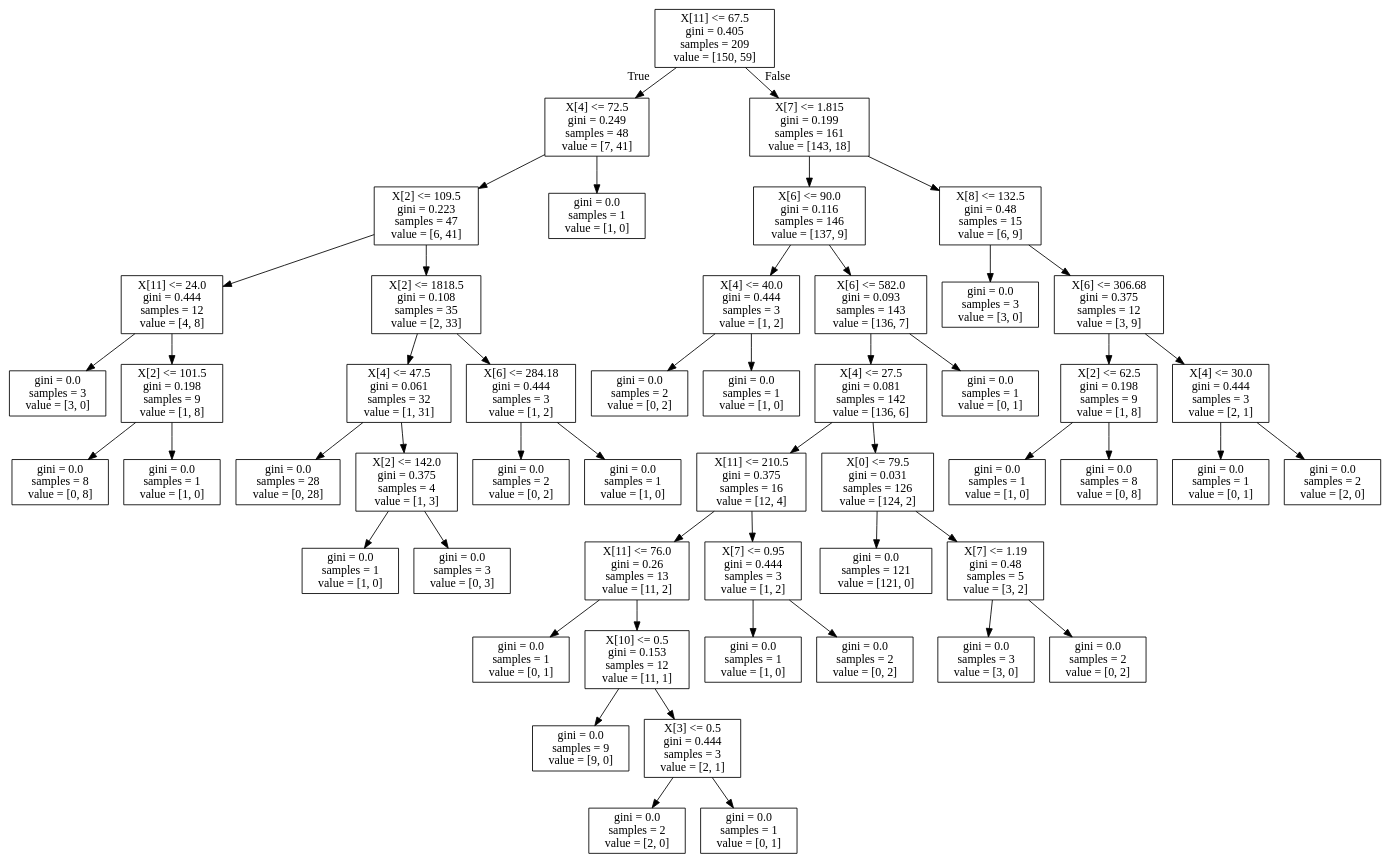
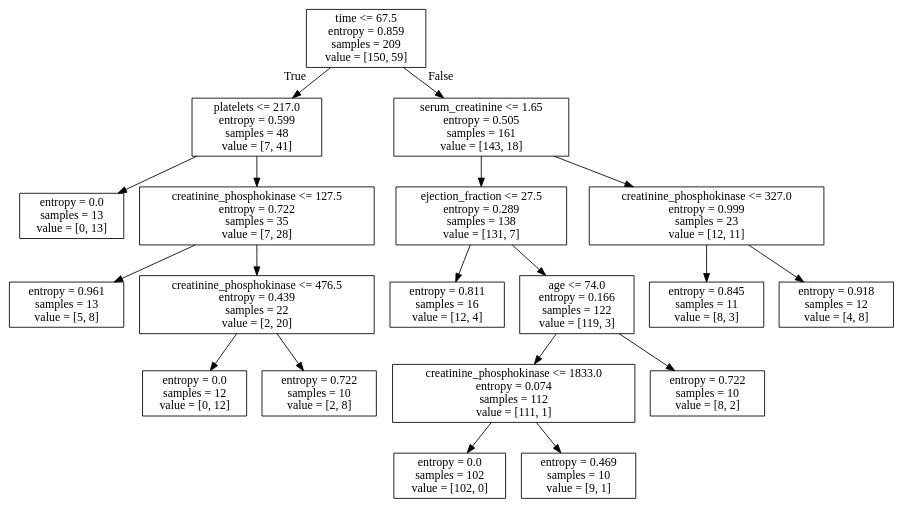
The diagram in mytree.dot (shantanu779/data_science), drawn with Graphviz before and after one commit. The commit also changed 1 other file, not shown here.

```diff
--- a/mytree.dot
+++ b/mytree.dot
@@ -1,104 +1,40 @@
 digraph Tree {
 node [shape=box] ;
-0 [label="X[11] <= 67.5\ngini = 0.405\nsamples = 209\nvalue = [150, 59]"] ;
-1 [label="X[4] <= 72.5\ngini = 0.249\nsamples = 48\nvalue = [7, 41]"] ;
+0 [label="time <= 67.5\nentropy = 0.859\nsamples = 209\nvalue = [150, 59]"] ;
+1 [label="platelets <= 217.0\nentropy = 0.599\nsamples = 48\nvalue = [7, 41]"] ;
 0 -> 1 [labeldistance=2.5, labelangle=45, headlabel="True"] ;
-2 [label="X[2] <= 109.5\ngini = 0.223\nsamples = 47\nvalue = [6, 41]"] ;
+2 [label="entropy = 0.0\nsamples = 13\nvalue = [0, 13]"] ;
 1 -> 2 ;
-3 [label="X[11] <= 24.0\ngini = 0.444\nsamples = 12\nvalue = [4, 8]"] ;
-2 -> 3 ;
-4 [label="gini = 0.0\nsamples = 3\nvalue = [3, 0]"] ;
+3 [label="creatinine_phosphokinase <= 127.5\nentropy = 0.722\nsamples = 35\nvalue = [7, 28]"] ;
+1 -> 3 ;
+4 [label="entropy = 0.961\nsamples = 13\nvalue = [5, 8]"] ;
 3 -> 4 ;
-5 [label="X[2] <= 101.5\ngini = 0.198\nsamples = 9\nvalue = [1, 8]"] ;
+5 [label="creatinine_phosphokinase <= 476.5\nentropy = 0.439\nsamples = 22\nvalue = [2, 20]"] ;
 3 -> 5 ;
-6 [label="gini = 0.0\nsamples = 8\nvalue = [0, 8]"] ;
+6 [label="entropy = 0.0\nsamples = 12\nvalue = [0, 12]"] ;
 5 -> 6 ;
-7 [label="gini = 0.0\nsamples = 1\nvalue = [1, 0]"] ;
+7 [label="entropy = 0.722\nsamples = 10\nvalue = [2, 8]"] ;
 5 -> 7 ;
-8 [label="X[2] <= 1818.5\ngini = 0.108\nsamples = 35\nvalue = [2, 33]"] ;
-2 -> 8 ;
-9 [label="X[4] <= 47.5\ngini = 0.061\nsamples = 32\nvalue = [1, 31]"] ;
+8 [label="serum_creatinine <= 1.65\nentropy = 0.505\nsamples = 161\nvalue = [143, 18]"] ;
+0 -> 8 [labeldistance=2.5, labelangle=-45, headlabel="False"] ;
+9 [label="ejection_fraction <= 27.5\nentropy = 0.289\nsamples = 138\nvalue = [131, 7]"] ;
 8 -> 9 ;
-10 [label="gini = 0.0\nsamples = 28\nvalue = [0, 28]"] ;
+10 [label="entropy = 0.811\nsamples = 16\nvalue = [12, 4]"] ;
 9 -> 10 ;
-11 [label="X[2] <= 142.0\ngini = 0.375\nsamples = 4\nvalue = [1, 3]"] ;
+11 [label="age <= 74.0\nentropy = 0.166\nsamples = 122\nvalue = [119, 3]"] ;
 9 -> 11 ;
-12 [label="gini = 0.0\nsamples = 1\nvalue = [1, 0]"] ;
+12 [label="creatinine_phosphokinase <= 1833.0\nentropy = 0.074\nsamples = 112\nvalue = [111, 1]"] ;
 11 -> 12 ;
-13 [label="gini = 0.0\nsamples = 3\nvalue = [0, 3]"] ;
-11 -> 13 ;
-14 [label="X[6] <= 284.18\ngini = 0.444\nsamples = 3\nvalue = [1, 2]"] ;
-8 -> 14 ;
-15 [label="gini = 0.0\nsamples = 2\nvalue = [0, 2]"] ;
-14 -> 15 ;
-16 [label="gini = 0.0\nsamples = 1\nvalue = [1, 0]"] ;
-14 -> 16 ;
-17 [label="gini = 0.0\nsamples = 1\nvalue = [1, 0]"] ;
-1 -> 17 ;
-18 [label="X[7] <= 1.815\ngini = 0.199\nsamples = 161\nvalue = [143, 18]"] ;
-0 -> 18 [labeldistance=2.5, labelangle=-45, headlabel="False"] ;
-19 [label="X[6] <= 90.0\ngini = 0.116\nsamples = 146\nvalue = [137, 9]"] ;
-18 -> 19 ;
-20 [label="X[4] <= 40.0\ngini = 0.444\nsamples = 3\nvalue = [1, 2]"] ;
-19 -> 20 ;
-21 [label="gini = 0.0\nsamples = 2\nvalue = [0, 2]"] ;
-20 -> 21 ;
-22 [label="gini = 0.0\nsamples = 1\nvalue = [1, 0]"] ;
-20 -> 22 ;
-23 [label="X[6] <= 582.0\ngini = 0.093\nsamples = 143\nvalue = [136, 7]"] ;
-19 -> 23 ;
-24 [label="X[4] <= 27.5\ngini = 0.081\nsamples = 142\nvalue = [136, 6]"] ;
-23 -> 24 ;
-25 [label="X[11] <= 210.5\ngini = 0.375\nsamples = 16\nvalue = [12, 4]"] ;
-24 -> 25 ;
-26 [label="X[11] <= 76.0\ngini = 0.26\nsamples = 13\nvalue = [11, 2]"] ;
-25 -> 26 ;
-27 [label="gini = 0.0\nsamples = 1\nvalue = [0, 1]"] ;
-26 -> 27 ;
-28 [label="X[10] <= 0.5\ngini = 0.153\nsamples = 12\nvalue = [11, 1]"] ;
-26 -> 28 ;
-29 [label="gini = 0.0\nsamples = 9\nvalue = [9, 0]"] ;
-28 -> 29 ;
-30 [label="X[3] <= 0.5\ngini = 0.444\nsamples = 3\nvalue = [2, 1]"] ;
-28 -> 30 ;
-31 [label="gini = 0.0\nsamples = 2\nvalue = [2, 0]"] ;
-30 -> 31 ;
-32 [label="gini = 0.0\nsamples = 1\nvalue = [0, 1]"] ;
-30 -> 32 ;
-33 [label="X[7] <= 0.95\ngini = 0.444\nsamples = 3\nvalue = [1, 2]"] ;
-25 -> 33 ;
-34 [label="gini = 0.0\nsamples = 1\nvalue = [1, 0]"] ;
-33 -> 34 ;
-35 [label="gini = 0.0\nsamples = 2\nvalue = [0, 2]"] ;
-33 -> 35 ;
-36 [label="X[0] <= 79.5\ngini = 0.031\nsamples = 126\nvalue = [124, 2]"] ;
-24 -> 36 ;
-37 [label="gini = 0.0\nsamples = 121\nvalue = [121, 0]"] ;
-36 -> 37 ;
-38 [label="X[7] <= 1.19\ngini = 0.48\nsamples = 5\nvalue = [3, 2]"] ;
-36 -> 38 ;
-39 [label="gini = 0.0\nsamples = 3\nvalue = [3, 0]"] ;
-38 -> 39 ;
-40 [label="gini = 0.0\nsamples = 2\nvalue = [0, 2]"] ;
-38 -> 40 ;
-41 [label="gini = 0.0\nsamples = 1\nvalue = [0, 1]"] ;
-23 -> 41 ;
-42 [label="X[8] <= 132.5\ngini = 0.48\nsamples = 15\nvalue = [6, 9]"] ;
-18 -> 42 ;
-43 [label="gini = 0.0\nsamples = 3\nvalue = [3, 0]"] ;
-42 -> 43 ;
-44 [label="X[6] <= 306.68\ngini = 0.375\nsamples = 12\nvalue = [3, 9]"] ;
-42 -> 44 ;
-45 [label="X[2] <= 62.5\ngini = 0.198\nsamples = 9\nvalue = [1, 8]"] ;
-44 -> 45 ;
-46 [label="gini = 0.0\nsamples = 1\nvalue = [1, 0]"] ;
-45 -> 46 ;
-47 [label="gini = 0.0\nsamples = 8\nvalue = [0, 8]"] ;
-45 -> 47 ;
-48 [label="X[4] <= 30.0\ngini = 0.444\nsamples = 3\nvalue = [2, 1]"] ;
-44 -> 48 ;
-49 [label="gini = 0.0\nsamples = 1\nvalue = [0, 1]"] ;
-48 -> 49 ;
-50 [label="gini = 0.0\nsamples = 2\nvalue = [2, 0]"] ;
-48 -> 50 ;
+13 [label="entropy = 0.0\nsamples = 102\nvalue = [102, 0]"] ;
+12 -> 13 ;
+14 [label="entropy = 0.469\nsamples = 10\nvalue = [9, 1]"] ;
+12 -> 14 ;
+15 [label="entropy = 0.722\nsamples = 10\nvalue = [8, 2]"] ;
+11 -> 15 ;
+16 [label="creatinine_phosphokinase <= 327.0\nentropy = 0.999\nsamples = 23\nvalue = [12, 11]"] ;
+8 -> 16 ;
+17 [label="entropy = 0.845\nsamples = 11\nvalue = [8, 3]"] ;
+16 -> 17 ;
+18 [label="entropy = 0.918\nsamples = 12\nvalue = [4, 8]"] ;
+16 -> 18 ;
 }
```
